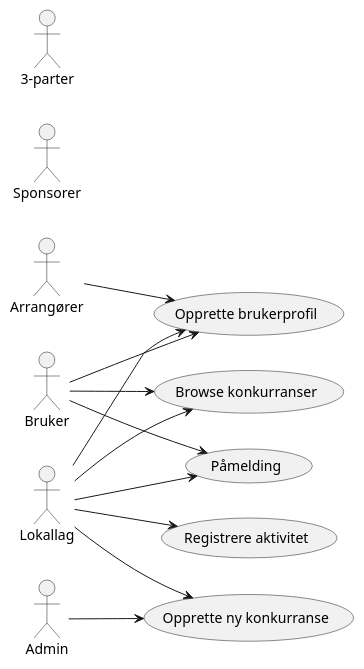
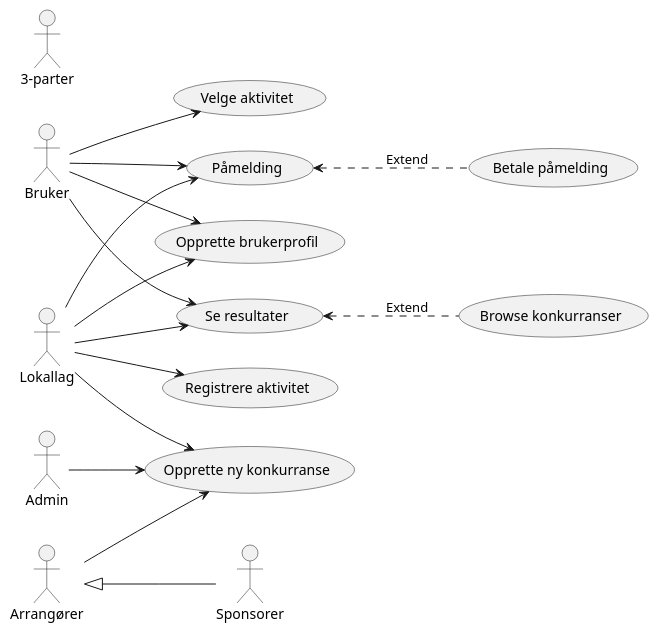
Before and after one commit to SetGruppe6/diagrammer: the diagram in usecase.puml, drawn with PlantUML.

Commit message:
Expanded

```diff
--- a/usecase.puml
+++ b/usecase.puml
@@ -1,34 +1,40 @@
 @startuml
 left to right direction
 :Bruker: as Bruker
 :Lokallag: as Lokal
 :Arrangører: as Arrangører
 :Sponsorer: as Sponsorer
 :3-parter: as Tredje
 :Admin: as Admin
 
+Arrangører <|-- Sponsorer
+
 (Registrere aktivitet) as (RegAktivitet)
 (Påmelding) as (Påmelding)
 (Opprette brukerprofil) as (Opprette)
 (Opprette ny konkurranse) as (NyKonk)
 (Browse konkurranser) as (Browse)
+(Velge aktivitet) as (VelgeAkt)
+(Se resultater) as (Resultater)
+(Betale påmelding) as (Betale)
+
+(Påmelding)<..(Betale) :Extend
+(Resultater)<..(Browse) :Extend
 
 
-
-Bruker -> (Opprette)
-Bruker --> (Browse)
+Bruker --> (Opprette)
 Bruker --> (Påmelding)
+Bruker --> (Resultater)
+Bruker --> (VelgeAkt)
 
 Admin --> (NyKonk)
 
 Lokal --> (Opprette)
-Lokal --> (Browse)
 Lokal --> (Påmelding)
 Lokal --> (RegAktivitet)
 Lokal --> (NyKonk)
+Lokal --> (Resultater)
 
-Arrangører --> (Opprette)
-
-
+Arrangører --> (NyKonk)
 
 @enduml
```
